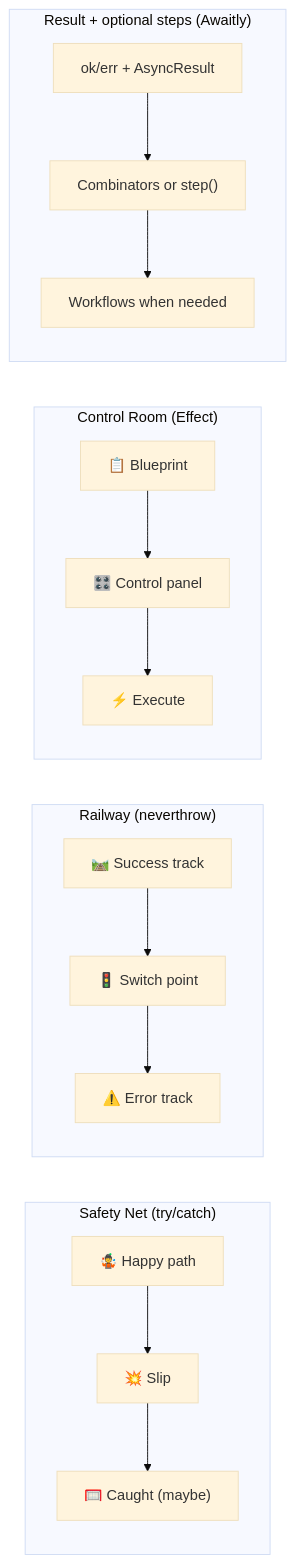
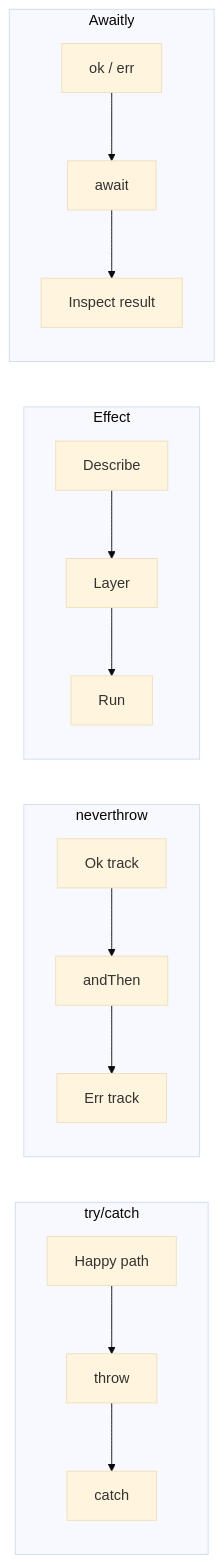
Before and after one commit to jagreehal/trycatch-vs-neverthrow-vs-effect: the second of 6 diagrams in README.md, drawn with Mermaid (base theme). The commit also changed other lines of this file and 15 other files, not shown here.

````diff
--- a/README.md
+++ b/README.md
@@ -179,34 +62,34 @@
 ```mermaid
 graph LR
-    subgraph "Safety Net (try/catch)"
-        A1["🤹 Happy path"]
-        A2["💥 Slip"]
-        A3["🥅 Caught (maybe)"]
+    subgraph trycatch [try/catch]
+        A1[Happy path]
+        A2[throw]
+        A3[catch]
         A1 --> A2
         A2 --> A3
     end
 
-    subgraph "Railway (neverthrow)"
-        B1["🛤️ Success track"]
-        B2["🚦 Switch point"]
-        B3["⚠️ Error track"]
+    subgraph neverthrow [neverthrow]
+        B1[Ok track]
+        B2[andThen]
+        B3[Err track]
         B1 --> B2
         B2 --> B3
     end
 
-    subgraph "Control Room (Effect)"
-        C1["📋 Blueprint"]
-        C2["🎛️ Control panel"]
-        C3["⚡ Execute"]
+    subgraph effect [Effect]
+        C1[Describe]
+        C2[Layer]
+        C3[Run]
         C1 --> C2
         C2 --> C3
     end
 
-    subgraph "Result + optional steps (Awaitly)"
-        D1["ok/err + AsyncResult"]
-        D2["Combinators or step()"]
-        D3["Workflows when needed"]
+    subgraph awaitly [Awaitly]
+        D1["ok / err"]
+        D2[await]
+        D3[Inspect result]
         D1 --> D2
         D2 --> D3
     end
 ```
````
